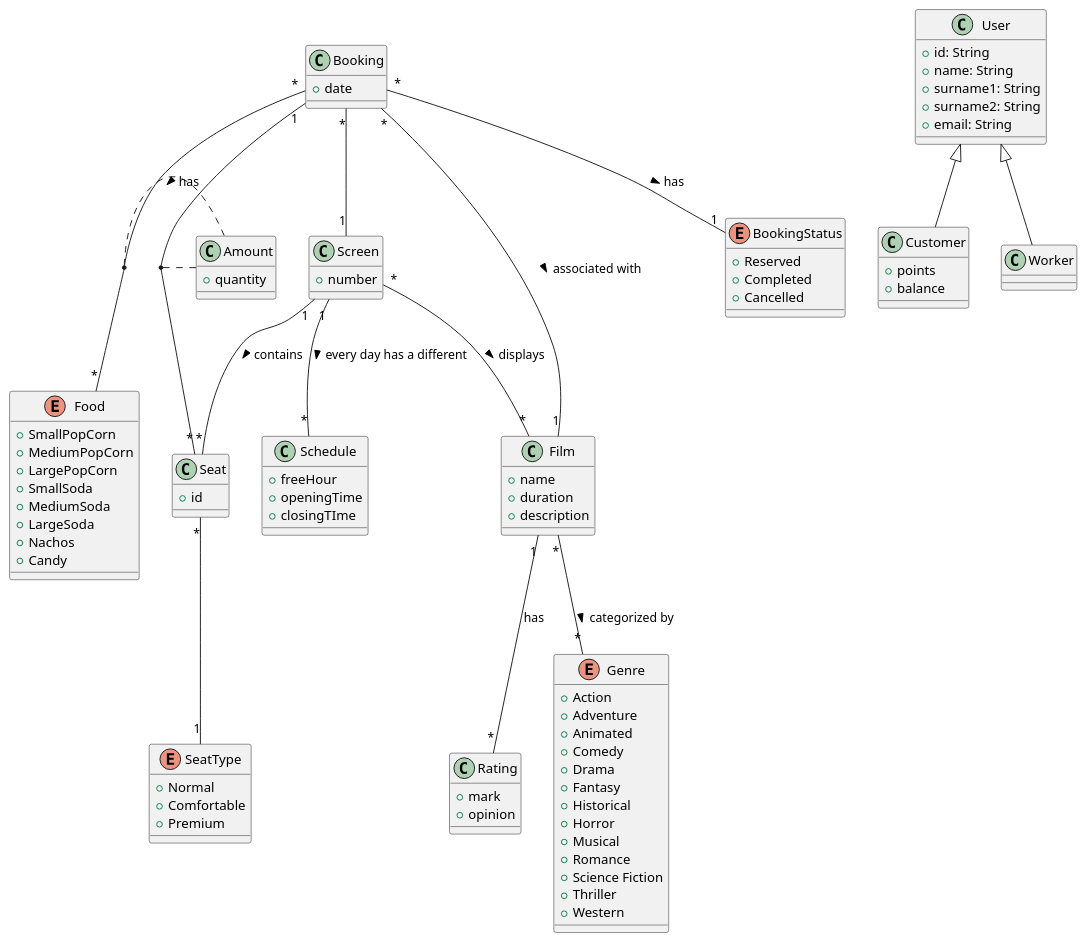
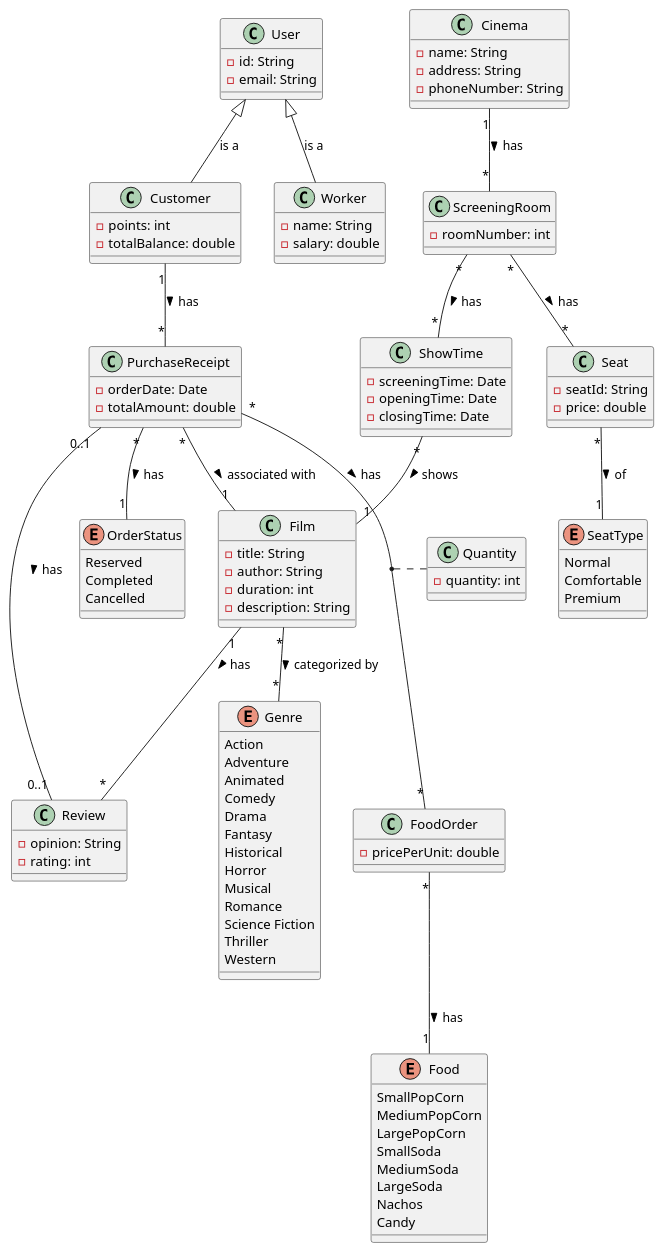
The diagram in DomainModel(Uncompleted Draft).puml (BenatErzibengoa/Cinema-app), drawn with PlantUML before and after one commit. The commit also changed 4 other files, not shown here.

```diff
--- a/DomainModel(Uncompleted Draft).puml
+++ b/DomainModel(Uncompleted Draft).puml
@@ -2,118 +2,123 @@
 @startuml
 class User{
-  +id: String
-  +name: String
-  +surname1: String
-  +surname2: String
-  +email: String
+  -id: String
+  -email: String
 
 }
 
 class Customer{
-  +points
-  +balance
+  -points: int
+  -totalBalance: double
 }
 
 class Worker{
+    -name: String
+    -salary: double
 }
 
-class Booking{
-  +date
+class Cinema{
+    -name: String
+    -address: String
+    -phoneNumber: String
 }
 
-
-class Amount{
-  +quantity
+class PurchaseReceipt{
+  -orderDate: Date
+  -totalAmount: double
 }
 
-class Screen{
-  +number
+class FoodOrder{
+  -pricePerUnit: double
 }
 
-class Schedule{
-  +freeHour
-  +openingTime
-  +closingTIme
+class ScreeningRoom{
+  -roomNumber: int
+}
+
+class ShowTime{
+  -screeningTime: Date
+  -openingTime: Date
+  -closingTime: Date
 }
 
 class Film{
-  +name
-  +duration
-  +description
+  -title: String
+  -author: String
+  -duration: int
+  -description: String
 }
 
-class Rating{
-  +mark
-  +opinion
+class Review{
+  -opinion: String
+  -rating: int
 }
 
 class Seat{
-  +id
+  -seatId: String
+  -price: double
 }
 
+class Quantity{
+  -quantity: int
+}
 
 enum Genre{
-  +Action
-  +Adventure
-  +Animated
-  +Comedy
-  +Drama
-  +Fantasy
-  +Historical
-  +Horror
-  +Musical
-  +Romance
-  +Science Fiction
-  +Thriller
-  +Western
+  Action
+  Adventure
+  Animated
+  Comedy
+  Drama
+  Fantasy
+  Historical
+  Horror
+  Musical
+  Romance
+  Science Fiction
+  Thriller
+  Western
 }
 
-enum BookingStatus{
-  +Reserved
-  +Completed
-  +Cancelled
+enum OrderStatus{
+  Reserved
+  Completed
+  Cancelled
 }
 
 enum Food{
-  +SmallPopCorn
-  +MediumPopCorn
-  +LargePopCorn
-  +SmallSoda
-  +MediumSoda
-  +LargeSoda
-  +Nachos
-  +Candy
+  SmallPopCorn
+  MediumPopCorn
+  LargePopCorn
+  SmallSoda
+  MediumSoda
+  LargeSoda
+  Nachos
+  Candy
 }
 
 enum SeatType{
-  +Normal
-  +Comfortable
-  +Premium
+  Normal
+  Comfortable
+  Premium
 }
 
+User <|-- Customer: is a
+User <|-- Worker: is a
+Customer "1" -- "*" PurchaseReceipt: has >
+Cinema "1" -- "*" ScreeningRoom: has >
 
-User <|-- Customer
-User <|-- Worker
+ScreeningRoom "*" -- "*" ShowTime: has >
+ScreeningRoom "*" -- "*" Seat: has >
 
-
-Screen "*" -- "*" Film: displays >
-Screen "1" -- "*" Schedule: every day has a different >
-Screen "1" -- "*" Seat: contains >
-
-Seat "*" -- "1" SeatType
-
-Film "1" -- "*" Rating: has
+Seat "*" -- "1" SeatType: of >
+ShowTime "*" -- "1" Film: shows >
+Film "1" -- "*" Review: has >
 Film "*" -- "*" Genre : categorized by >
 
+PurchaseReceipt "0..1" -- "0..1" Review: has >
+PurchaseReceipt "*" -- "1" Film: associated with >
+PurchaseReceipt "*" -- "1" OrderStatus : has >
+PurchaseReceipt "*" -- "*" FoodOrder: has >
 
-Booking "*" -- "1" Film: associated with >
-Booking "*" -- "1" BookingStatus : has >
-Booking "*" -- "1" Screen
-Booking "1" -- "*" Seat
-Booking "*" -- "*" Food: has >
-(Booking, Food) .. Amount
-(Booking, Seat) .. Amount
-
-
-
+FoodOrder "*" -- "1" Food: has >
+(PurchaseReceipt, FoodOrder) .. Quantity
 @enduml
```
